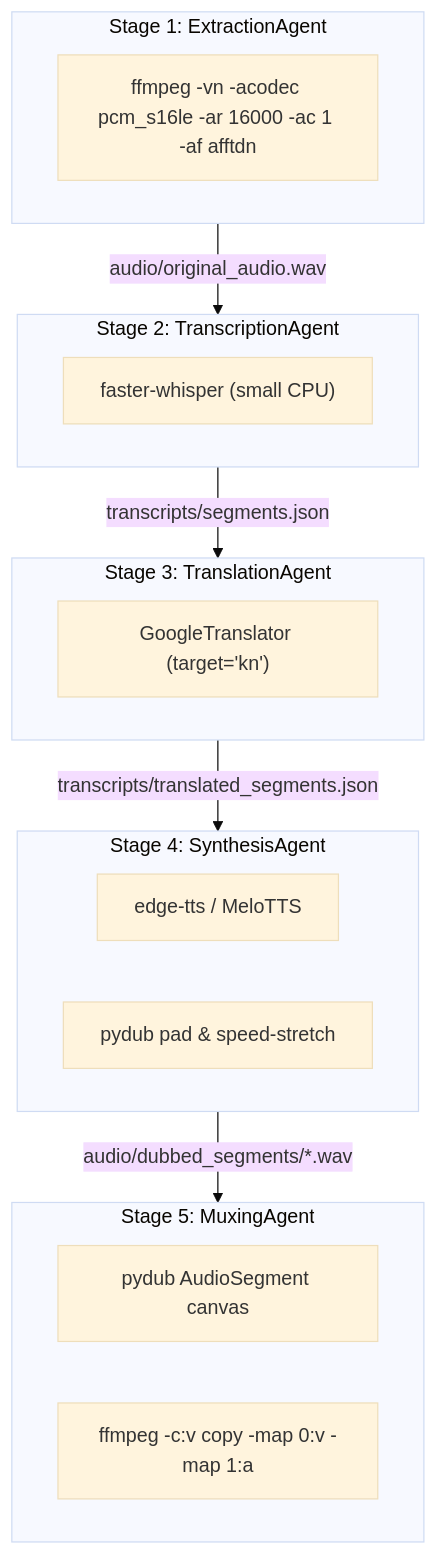
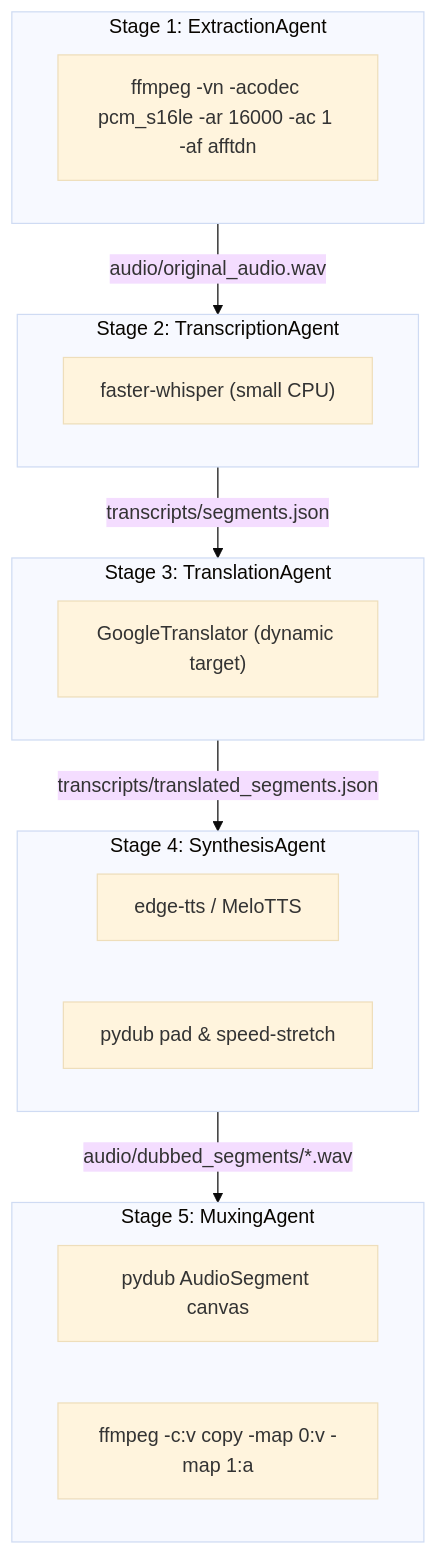
The diagram in working.md (Bharath-2005-07/VaaniSync), drawn with Mermaid (base theme) before and after one commit. The commit also changed other lines of this file and 9 other files, not shown here.

````diff
--- a/working.md
+++ b/working.md
@@ -20,25 +20,25 @@
 ```mermaid
 flowchart TD
     subgraph S1 ["Stage 1: ExtractionAgent"]
         E_FFMPEG["ffmpeg -vn -acodec pcm_s16le -ar 16000 -ac 1 -af afftdn"]
     end
     subgraph S2 ["Stage 2: TranscriptionAgent"]
         W_MODEL["faster-whisper (small CPU)"]
     end
     subgraph S3 ["Stage 3: TranslationAgent"]
-        T_ENGINE["GoogleTranslator (target='kn')"]
+        T_ENGINE["GoogleTranslator (dynamic target)"]
     end
     subgraph S4 ["Stage 4: SynthesisAgent"]
         TTS_ENGINE["edge-tts / MeloTTS"]
         TTS_TIMING["pydub pad & speed-stretch"]
     end
     subgraph S5 ["Stage 5: MuxingAgent"]
         M_CANVAS["pydub AudioSegment canvas"]
         M_FFMPEG["ffmpeg -c:v copy -map 0:v -map 1:a"]
     end
 
     S1 -->|"audio/original_audio.wav"| S2
     S2 -->|"transcripts/segments.json"| S3
     S3 -->|"transcripts/translated_segments.json"| S4
     S4 -->|"audio/dubbed_segments/*.wav"| S5
 ```
````
